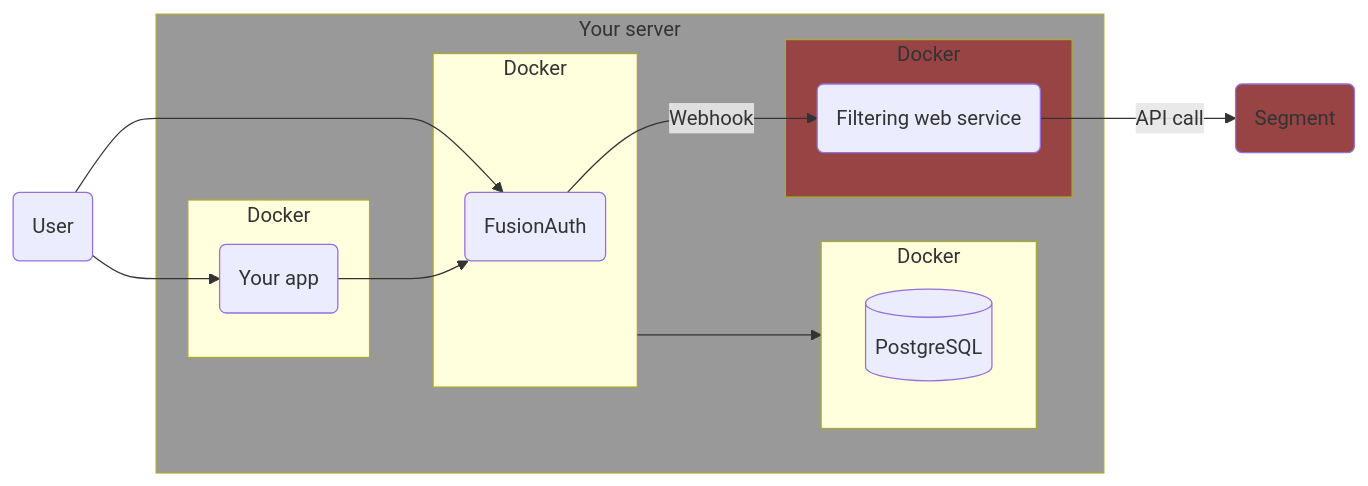
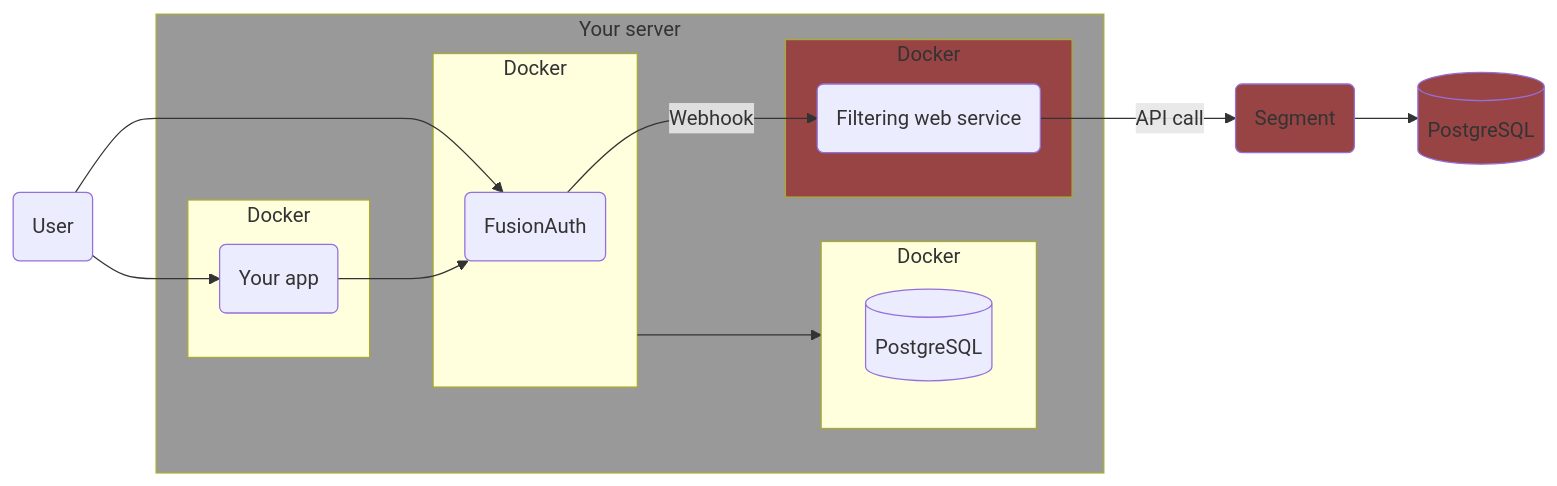
The second of 2 diagrams in astro/src/content/docs/operate/secure-and-monitor/twilio-segment.mdx (FusionAuth/fusionauth-site), drawn with Mermaid before and after one commit. The commit also changed other lines of this file and 3 other files, not shown here.

````diff
--- a/astro/src/content/docs/operate/secure-and-monitor/twilio-segment.mdx
+++ b/astro/src/content/docs/operate/secure-and-monitor/twilio-segment.mdx
@@ -53,28 +57,31 @@
 ```mermaid
 graph LR
   X(Segment)
+  Y[(PostgreSQL)]
   subgraph I[Your server]
     subgraph G[Docker]
       H[(PostgreSQL)]
     end
     subgraph C[Docker]
       A(FusionAuth)
     end
 	subgraph E[Docker]
       B(Filtering web service)
     end
     subgraph J[Docker]
       F(Your app)
     end
   end
   D(User)
   D --> F
   D --> A
   C --> G
   F --> A
   A --> |Webhook| B
   B --> |API call| X
+  X --> Y
   style I fill:#999
   style X fill:#944
   style E fill:#944
+  style Y fill:#944
 ```
````
